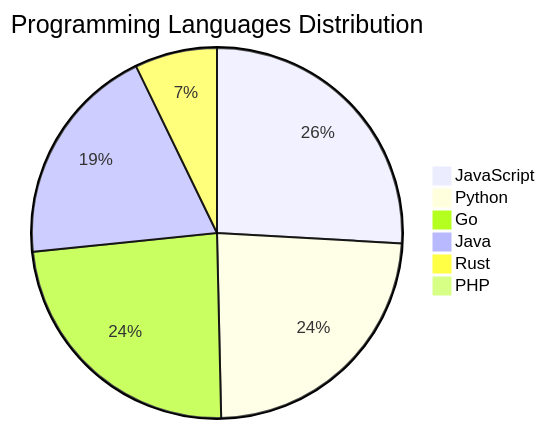
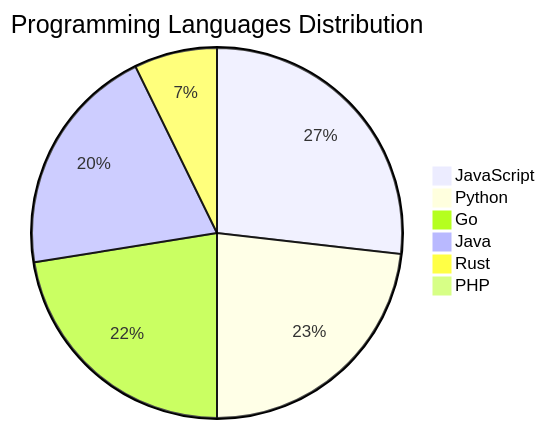
The diagram in README.md (Derrick-MUGISHA/github-activity-bot), drawn with Mermaid before and after one commit. The commit also changed other lines of this file and 4 other files, not shown here.

````diff
--- a/README.md
+++ b/README.md
@@ -206,9 +205,9 @@
 ```mermaid
 pie title Programming Languages Distribution
-    "JavaScript" : 36
-    "Python" : 33
-    "Go" : 33
-    "Java" : 27
+    "JavaScript" : 37
+    "Python" : 32
+    "Go" : 31
+    "Java" : 28
     "Rust" : 10
     "PHP" : 1
 ```
````
